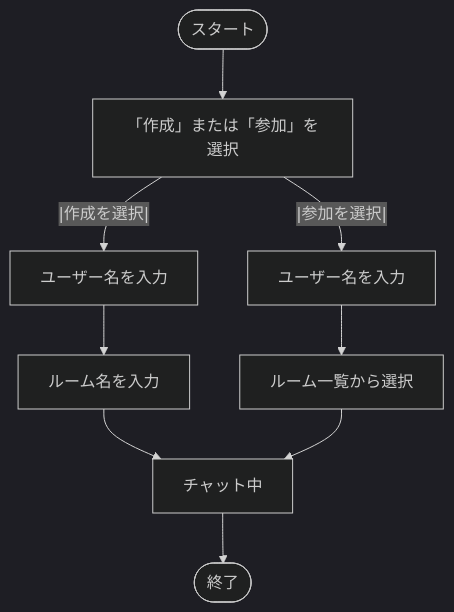
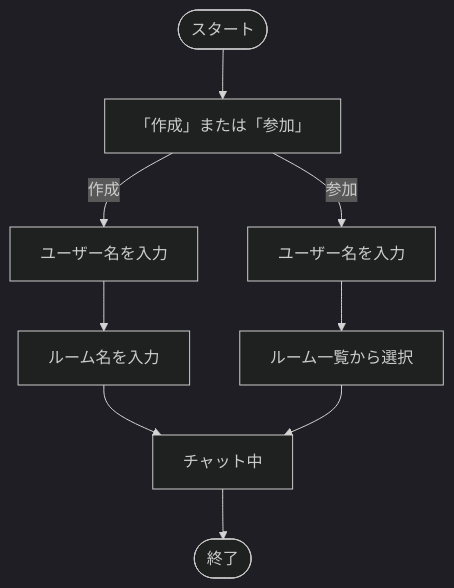
One commit to BackendExplorer/Online-Chat-Service changed the first of 5 diagrams in README.md. Above: the diagram before and after it, drawn with Mermaid (dark theme).

````diff
--- a/README.md
+++ b/README.md
@@ -1,20 +1,20 @@
 ```mermaid
 flowchart TD
     Start([スタート])
-    選択["「作成」または「参加」を選択"]
+    選択["「作成」または「参加」"]
 
     入力作成[ユーザー名を入力]
     ルーム名入力[ルーム名を入力]
 
     入力参加[ユーザー名を入力]
     ルーム一覧[ルーム一覧から選択]
 
     チャット中[チャット中]
     End([終了])
 
     Start --> 選択
-    選択 --|作成を選択|--> 入力作成 --> ルーム名入力 --> チャット中
-    選択 --|参加を選択|--> 入力参加 --> ルーム一覧 --> チャット中
+    選択 -- 作成 --> 入力作成 --> ルーム名入力 --> チャット中
+    選択 -- 参加 --> 入力参加 --> ルーム一覧 --> チャット中
     チャット中 --> End
 
 ```
````
